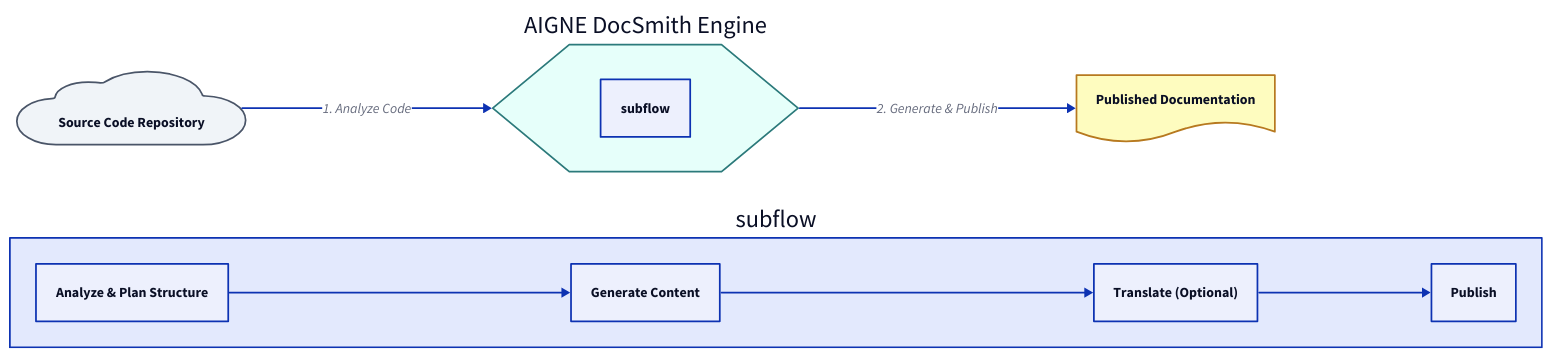
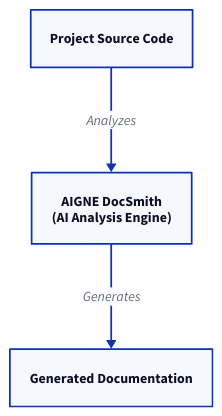
One commit to AIGNE-io/aigne-doc-smith changed the diagram in docs/overview.md. Above: the diagram before and after it, drawn with D2. The commit also changed other lines of this file and 120 other files, not shown here.

Commit message:
chore: update docs for aigne doc-smith

````diff
--- a/docs/overview.md
+++ b/docs/overview.md
@@ -7,49 +11,21 @@
 ```d2
-direction: right
-style: {
-  font-size: 14
+direction: down
+
+Source-Code: {
+  label: "Project Source Code"
+  shape: rectangle
 }
 
-# Actors
-source_code: "Source Code Repository" {
-  shape: cloud
-  style: {
-    fill: "#F0F4F8"
-    stroke: "#4A5568"
-  }
+DocSmith: {
+  label: "AIGNE DocSmith\n(AI Analysis Engine)"
+  shape: rectangle
 }
 
-docsmith: "AIGNE DocSmith Engine" {
-  shape: hexagon
-  style: {
-    fill: "#E6FFFA"
-    stroke: "#2C7A7B"
-  }
+Docs: {
+  label: "Generated Documentation"
+  shape: rectangle
 }
 
-published_docs: "Published Documentation" {
-  shape: document
-  style: {
-    fill: "#FEFCBF"
-    stroke: "#B7791F"
-  }
-}
-
-# Main Flow
-source_code -> docsmith: "1. Analyze Code"
-docsmith -> published_docs: "2. Generate & Publish"
-
-# DocSmith Internal Process
-subflow: {
-  direction: down
-  
-  analyze: "Analyze & Plan Structure"
-  generate: "Generate Content"
-  translate: "Translate (Optional)"
-  publish: "Publish"
-  
-  analyze -> generate -> translate -> publish
-}
-
-docsmith.subflow: subflow
+Source-Code -> DocSmith: "Analyzes"
+DocSmith -> Docs: "Generates"
 ```
````
